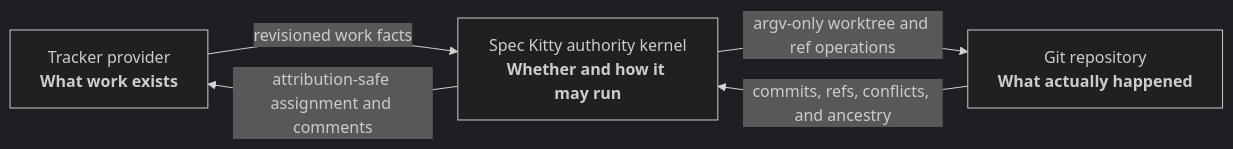
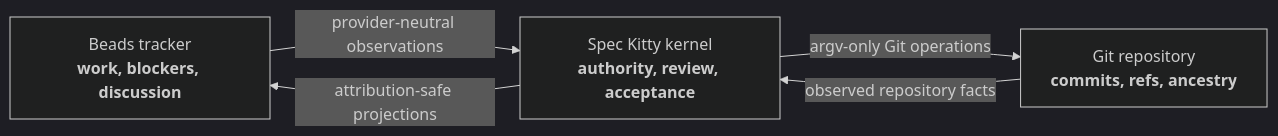
Before and after one commit to Ivan-Melck/spec-kitty-go: the first of 3 diagrams in README.md, drawn with Mermaid (dark theme). The commit also changed other lines of this file and 3 other files, not shown here.

Commit message:
docs(WP11): publish Beads operations and evidence attestation

````diff
--- a/README.md
+++ b/README.md
@@ -59,11 +57,11 @@
 ```mermaid
 flowchart LR
-    Tracker["Tracker provider<br/><b>What work exists</b>"]
-    Kernel["Spec Kitty authority kernel<br/><b>Whether and how it may run</b>"]
-    Git["Git repository<br/><b>What actually happened</b>"]
+    Beads["Beads tracker<br/><b>work, blockers, discussion</b>"]
+    Kernel["Spec Kitty kernel<br/><b>authority, review, acceptance</b>"]
+    Git["Git repository<br/><b>commits, refs, ancestry</b>"]
 
-    Tracker -->|"revisioned work facts"| Kernel
-    Kernel -->|"attribution-safe assignment and comments"| Tracker
-    Kernel -->|"argv-only worktree and ref operations"| Git
-    Git -->|"commits, refs, conflicts, and ancestry"| Kernel
+    Beads -->|"provider-neutral observations"| Kernel
+    Kernel -->|"attribution-safe projections"| Beads
+    Kernel -->|"argv-only Git operations"| Git
+    Git -->|"observed repository facts"| Kernel
 ```
````
